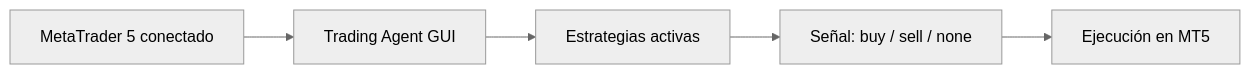
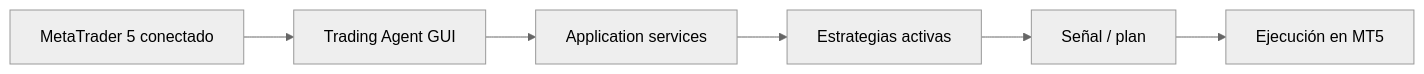
One commit to aloantony/strategy-forge changed the diagram in README.md. Above: the diagram before and after it, drawn with Mermaid (neutral theme). The commit also changed other lines of this file and 101 other files, not shown here.

````diff
--- a/README.md
+++ b/README.md
@@ -14,7 +14,8 @@
 ```mermaid
 flowchart LR
     A[MetaTrader 5 conectado] --> B[Trading Agent GUI]
-    B --> C[Estrategias activas]
-    C --> D[Señal: buy / sell / none]
+    B --> S[Application services]
+    S --> C[Estrategias activas]
+    C --> D[Señal / plan]
     D --> E[Ejecución en MT5]
 ```
````
